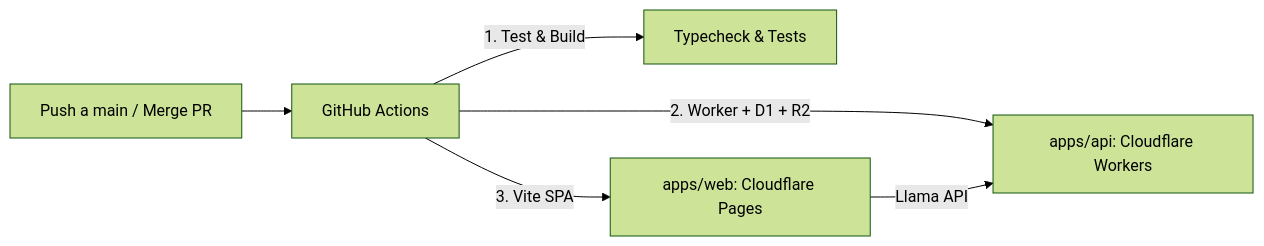
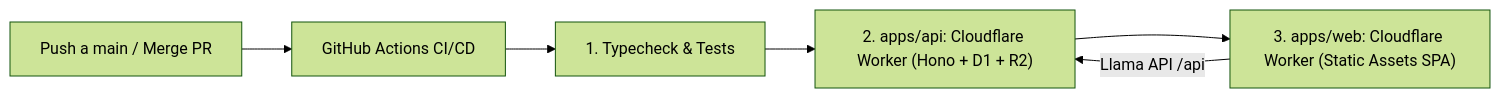
The diagram in docs/despliegue-cloudflare.md (Choflis/brain-rush), drawn with Mermaid (forest theme) before and after one commit. The commit also changed other lines of this file and 6 other files, not shown here.

First line of the commit message:
ci(deploy): migrar despliegue web a Cloudflare Workers con Static Assets

````diff
--- a/docs/despliegue-cloudflare.md
+++ b/docs/despliegue-cloudflare.md
@@ -9,8 +11,8 @@
 ```mermaid
 flowchart LR
-    Git[Push a main / Merge PR] --> GHA[GitHub Actions]
-    GHA -->|1. Test & Build| Checks[Typecheck & Tests]
-    GHA -->|2. Worker + D1 + R2| Worker[apps/api: Cloudflare Workers]
-    GHA -->|3. Vite SPA| Pages[apps/web: Cloudflare Pages]
-    Pages -->|Llama API| Worker
+    Git["Push a main / Merge PR"] --> GHA["GitHub Actions CI/CD"]
+    GHA --> Checks["1. Typecheck & Tests"]
+    Checks --> API["2. apps/api: Cloudflare Worker (Hono + D1 + R2)"]
+    API --> Web["3. apps/web: Cloudflare Worker (Static Assets SPA)"]
+    Web -->|Llama API /api| API
 ```
````
